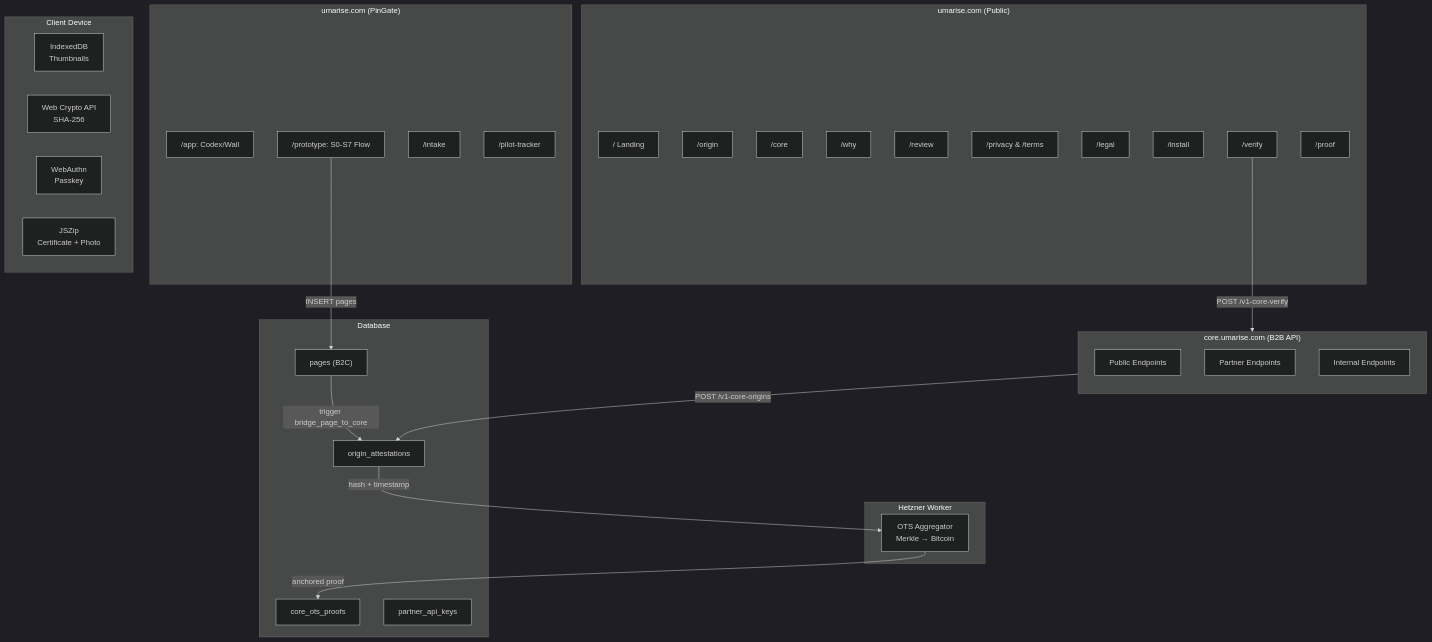
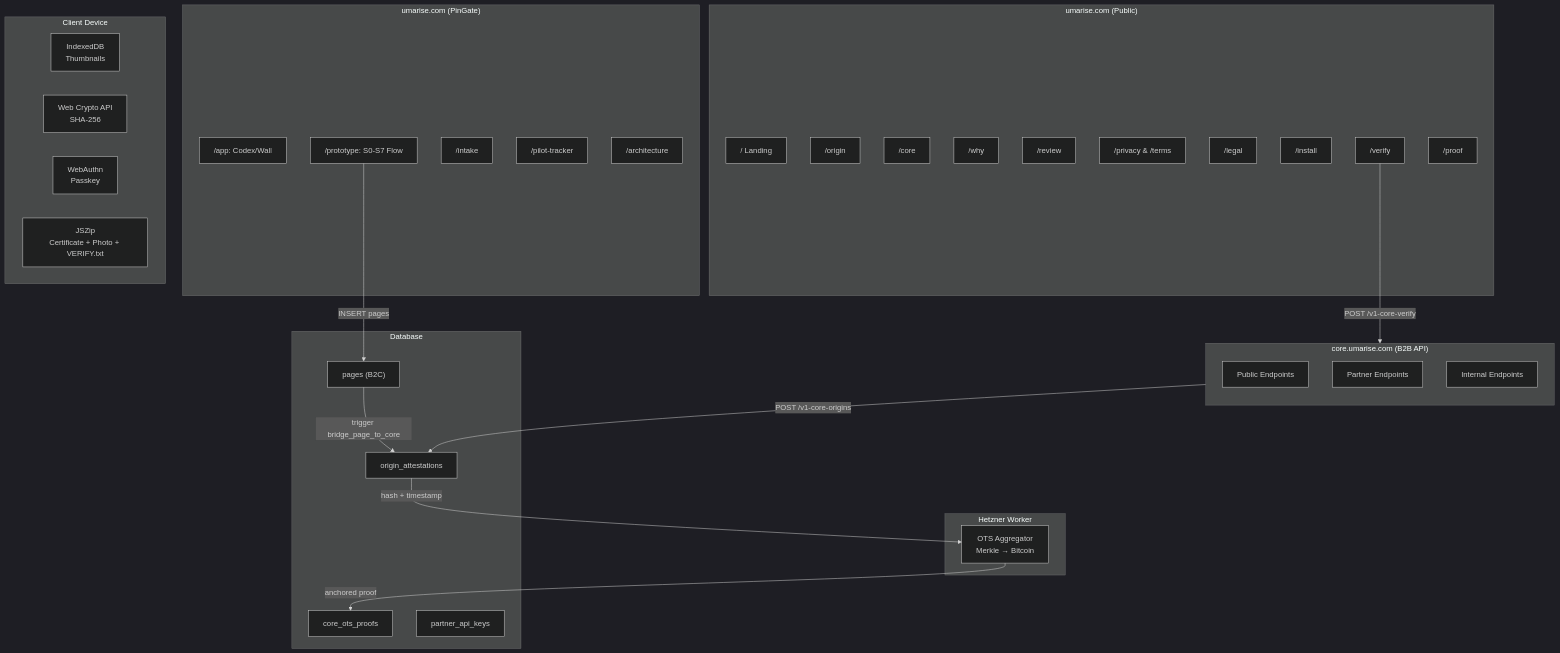
The first of 3 diagrams in docs/architecture-week1-final.md (Jonna1976/umarise), drawn with Mermaid (dark theme) before and after one commit. The commit also changed other lines of this file and 1 other file, not shown here.

````diff
--- a/docs/architecture-week1-final.md
+++ b/docs/architecture-week1-final.md
@@ -3,54 +3,55 @@
 ```mermaid
 graph TB
     subgraph "umarise.com (Public)"
         LP["/ Landing"]
         OR["/origin"]
         CO["/core"]
         WH["/why"]
         RV["/review"]
         PR["/privacy & /terms"]
         LG["/legal"]
         IN["/install"]
         VE["/verify"]
         PF["/proof"]
     end
 
     subgraph "umarise.com (PinGate)"
         APP["/app: Codex/Wall"]
         PROTO["/prototype: S0-S7 Flow"]
         INTAKE["/intake"]
         PILOT["/pilot-tracker"]
+        ARCH["/architecture"]
     end
 
     subgraph "core.umarise.com (B2B API)"
         direction TB
         PUB_API["Public Endpoints"]
         PART_API["Partner Endpoints"]
         INT_API["Internal Endpoints"]
     end
 
     subgraph "Hetzner Worker"
         OTS["OTS Aggregator\nMerkle → Bitcoin"]
     end
 
     subgraph "Client Device"
         IDB["IndexedDB\nThumbnails"]
         WC["Web Crypto API\nSHA-256"]
         WA["WebAuthn\nPasskey"]
-        ZIP["JSZip\nCertificate + Photo"]
+        ZIP["JSZip\nCertificate + Photo + VERIFY.txt"]
     end
 
     PROTO -->|"INSERT pages"| DB
     DB -->|"trigger bridge_page_to_core"| OA
     OA -->|"hash + timestamp"| OTS
     OTS -->|"anchored proof"| PROOFS
     VE -->|"POST /v1-core-verify"| PUB_API
     PART_API -->|"POST /v1-core-origins"| OA
 
     subgraph "Database"
         DB["pages (B2C)"]
         OA["origin_attestations"]
         PROOFS["core_ots_proofs"]
         KEYS["partner_api_keys"]
     end
 ```
````
